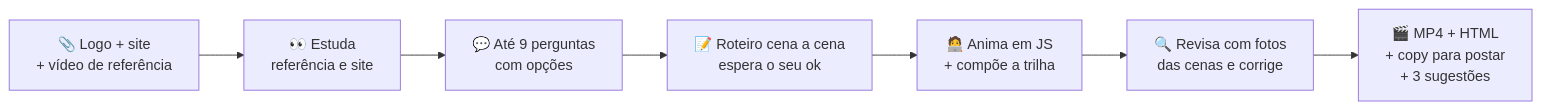
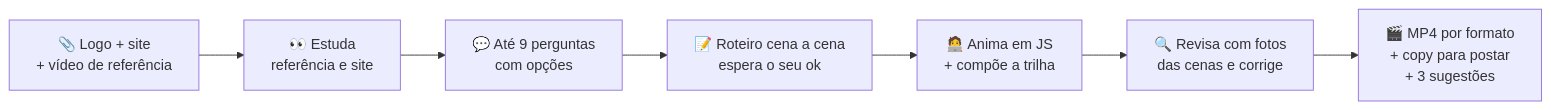
The diagram in README.md (flavioduque/Jsmotion-skill), drawn with Mermaid before and after one commit. The commit also changed other lines of this file and 230 other files, not shown here.

````diff
--- a/README.md
+++ b/README.md
@@ -309,9 +309,9 @@
 ```mermaid
 flowchart LR
     A["📎 Logo + site<br/>+ vídeo de referência"] --> B["👀 Estuda<br/>referência e site"]
     B --> C["💬 Até 9 perguntas<br/>com opções"]
     C --> D["📝 Roteiro cena a cena<br/>espera o seu ok"]
     D --> E["🧑‍💻 Anima em JS<br/>+ compõe a trilha"]
     E --> F["🔍 Revisa com fotos<br/>das cenas e corrige"]
-    F --> G["🎬 MP4 + HTML<br/>+ copy para postar<br/>+ 3 sugestões"]
+    F --> G["🎬 MP4 por formato<br/>+ copy para postar<br/>+ 3 sugestões"]
 ```
````
